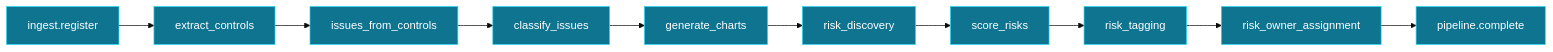
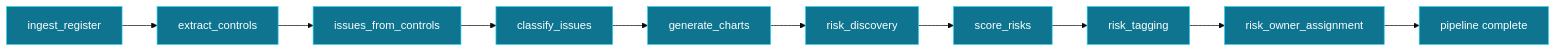
The second of 2 diagrams in mint-docs/process/architecture.mdx (Rajman1221/iso-robot), drawn with Mermaid (base theme) before and after one commit. The commit also changed other lines of this file and 11 other files, not shown here.

````diff
--- a/mint-docs/process/architecture.mdx
+++ b/mint-docs/process/architecture.mdx
@@ -101,15 +116,15 @@
 ```mermaid
 flowchart LR
-    A[ingest.register] --> B[extract_controls]
+    A[ingest_register] --> B[extract_controls]
     B --> C[issues_from_controls]
     C --> D[classify_issues]
     D --> E[generate_charts]
     E --> F[risk_discovery]
     F --> G[score_risks]
     G --> H[risk_tagging]
     H --> J[risk_owner_assignment]
-    J --> I[pipeline.complete]
+    J --> I[pipeline complete]
 
     classDef stage fill:#0E7490,stroke:#22D3EE,color:#fff
     class A,B,C,D,E,F,G,H,I,J stage
 ```
````
